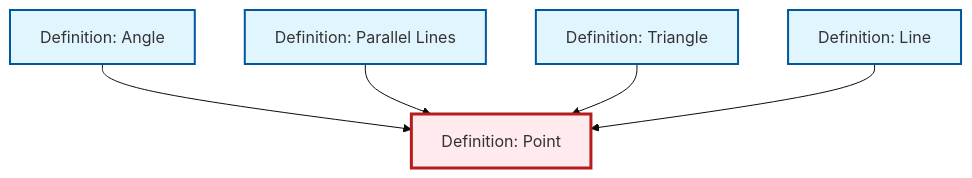
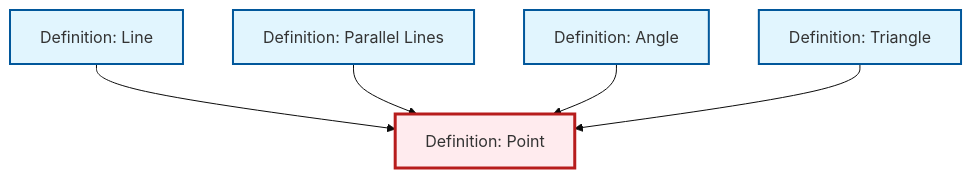
One commit to RK0429/ModernMath changed the diagram in content/en/geometry/def-point.qmd. Above: the diagram before and after it, drawn with Mermaid (base theme). The commit also changed other lines of this file and 530 other files, not shown here.

````diff
--- a/content/en/geometry/def-point.qmd
+++ b/content/en/geometry/def-point.qmd
@@ -39,23 +39,23 @@
 ```{mermaid}
 %%| fig-cap: "Local dependency graph"
 graph TD
     classDef definition fill:#e1f5fe,stroke:#01579b,stroke-width:2px
     classDef theorem fill:#f3e5f5,stroke:#4a148c,stroke-width:2px
     classDef axiom fill:#fff3e0,stroke:#e65100,stroke-width:2px
     classDef example fill:#e8f5e9,stroke:#1b5e20,stroke-width:2px
     classDef current fill:#ffebee,stroke:#b71c1c,stroke-width:3px
+    def-parallel["Definition: Parallel Lines"]:::definition
+    def-point["Definition: Point"]:::definition
+    def-triangle["Definition: Triangle"]:::definition
     def-line["Definition: Line"]:::definition
-    def-parallel["Definition: Parallel Lines"]:::definition
     def-angle["Definition: Angle"]:::definition
-    def-triangle["Definition: Triangle"]:::definition
-    def-point["Definition: Point"]:::definition
+    def-line --> def-point
+    def-parallel --> def-point
     def-angle --> def-point
-    def-parallel --> def-point
     def-triangle --> def-point
-    def-line --> def-point
     class def-point current
+    click def-parallel "def-parallel.html" "Go to Parallel Lines definition"
+    click def-triangle "def-triangle.html" "Go to Triangle definition"
     click def-line "def-line.html" "Go to Line definition"
-    click def-parallel "def-parallel.html" "Go to Parallel Lines definition"
     click def-angle "def-angle.html" "Go to Angle definition"
-    click def-triangle "def-triangle.html" "Go to Triangle definition"
 ```
````
